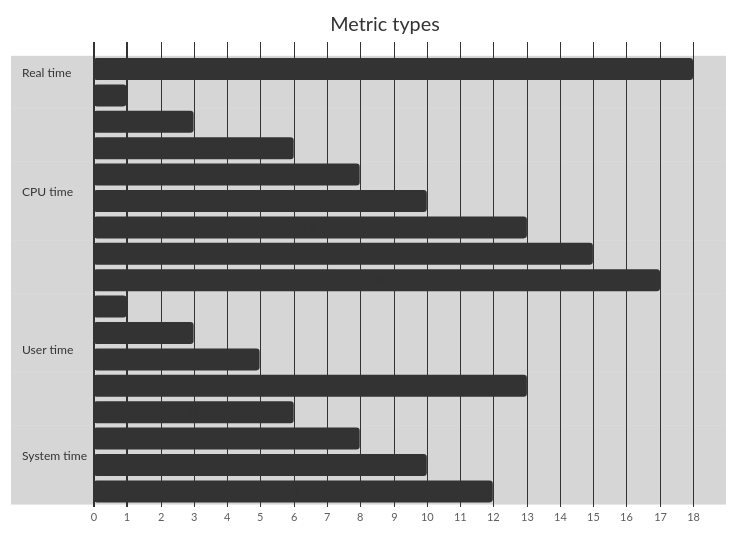
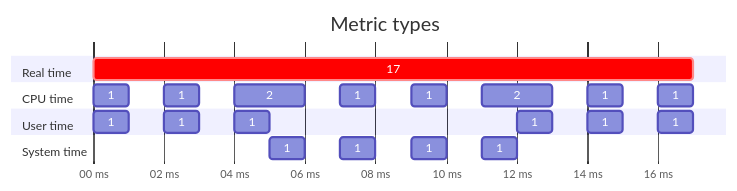
The first of 2 diagrams in README.md (oswaldobapvicjr/performetrics), drawn with Mermaid before and after one commit.

Commit message:
Update Gantt chart configuration in README

````diff
--- a/README.md
+++ b/README.md
@@ -27,36 +27,38 @@
 ```mermaid
 ---
 config:
   gantt:
     useWidth: 680
     rightPadding: 60
     topAxis: false
-    numberSectionStyles: 0
+    numberSectionStyles: 2
     displayMode: compact
 ---
 gantt
     title Metric types
-    dateFormat X
-    axisFormat %s
+    dateFormat YY
+    axisFormat %y ms
     section Real time
-    rt1   : 0, 18
+    17  : crit, 00, 17
     section CPU time
-    c1   : 0, 1
-    c2   : 2, 3
-    c3   : 4, 6
-    c4   : 7, 8
-    c5   : 9, 10
-    c6   : 11, 13
-    c7   : 14, 15
-    c8   : 16, 17
+    1   : 00, 01
+    1   : 02, 03
+    2   : 04, 06
+    1   : 07, 08
+    1   : 09, 10
+    2   : 11, 13
+    1   : 14, 15
+    1   : 16, 17
     section User time
-    u1   : 0, 1
-    u2   : 2, 3
-    u3   : 4, 5
-    u4   : 12, 13
+    1   : 00, 01
+    1   : 02, 03
+    1   : 04, 05
+    1   : 12, 13
+    1   : 14, 15
+    1   : 16, 17
     section System time
-    s1   : 5, 6
-    s2   : 7, 8
-    s3   : 9, 10
-    s4   : 11, 12
+    1   : 05, 06
+    1   : 07, 08
+    1   : 09, 10
+    1   : 11, 12
 ```
````
